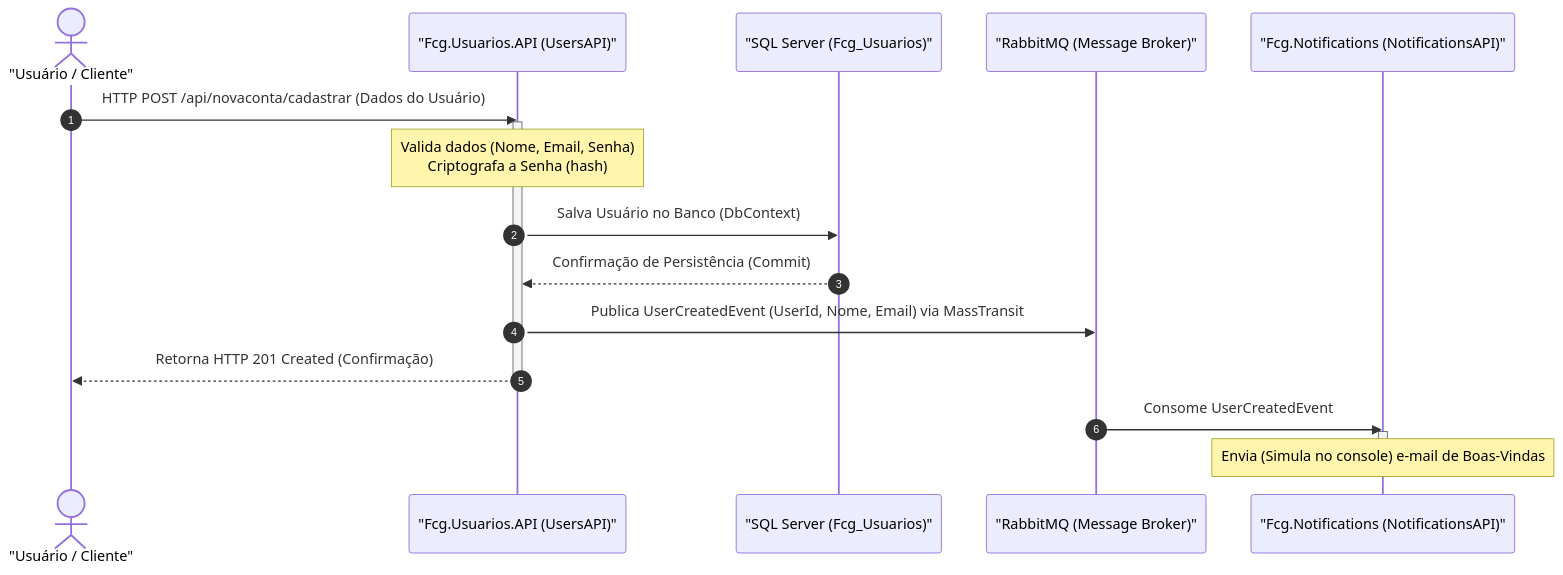
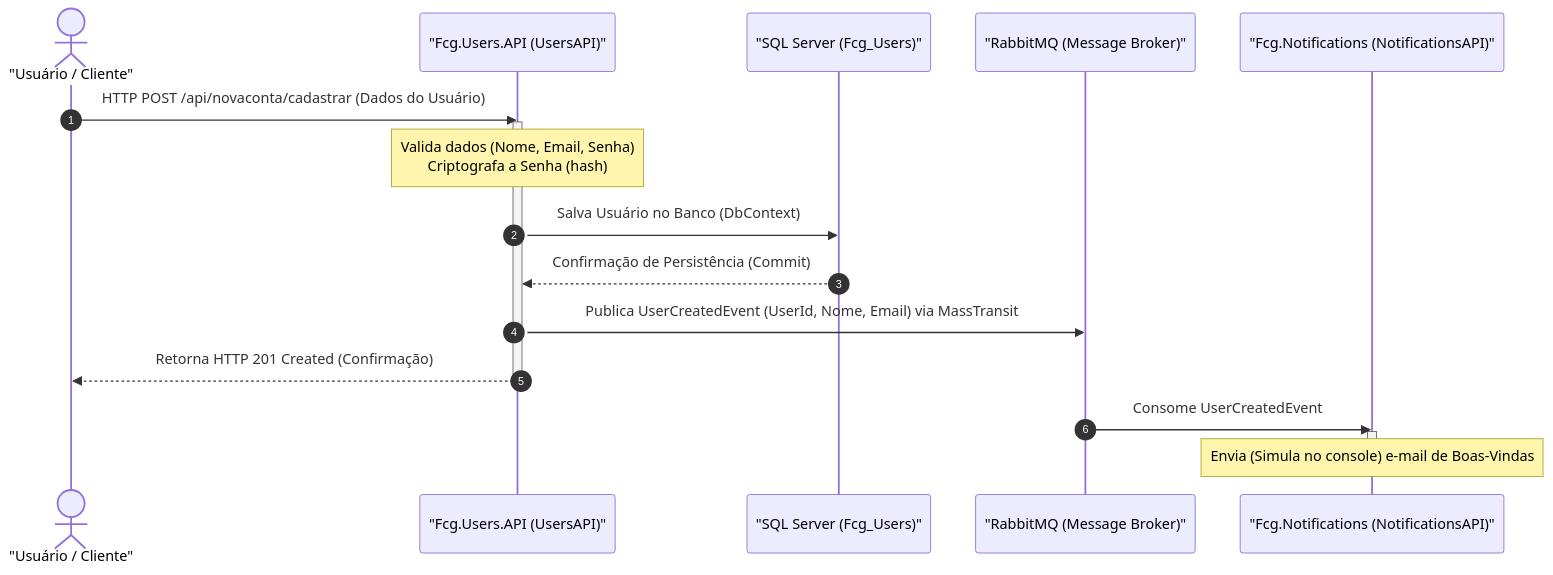
The diagram in README.md (alexoliveiraferreiradev/fcg-usuario-api), drawn with Mermaid before and after one commit. The commit also changed other lines of this file and 140 other files, not shown here.

Commit message:
Renomeia a solution, os projetos e as referências de Usuario e Usuarios para User e Users

````diff
--- a/README.md
+++ b/README.md
@@ -87,25 +87,25 @@
 ```mermaid
 sequenceDiagram
     autonumber
     actor Cliente as "Usuário / Cliente"
-    participant API as "Fcg.Usuarios.API (UsersAPI)"
-    participant DB as "SQL Server (Fcg_Usuarios)"
+    participant API as "Fcg.Users.API (UsersAPI)"
+    participant DB as "SQL Server (Fcg_Users)"
     participant Broker as "RabbitMQ (Message Broker)"
     participant Notif as "Fcg.Notifications (NotificationsAPI)"
 
     Cliente->>API: HTTP POST /api/novaconta/cadastrar (Dados do Usuário)
     activate API
     Note over API: Valida dados (Nome, Email, Senha)<br/>Criptografa a Senha (hash)
     API->>DB: Salva Usuário no Banco (DbContext)
     DB-->>API: Confirmação de Persistência (Commit)
     
     API->>Broker: Publica UserCreatedEvent (UserId, Nome, Email) via MassTransit
     API-->>Cliente: Retorna HTTP 201 Created (Confirmação)
     deactivate API
 
     %% Comunicação Assíncrona
     Broker->>Notif: Consome UserCreatedEvent
     activate Notif
     Note over Notif: Envia (Simula no console) e-mail de Boas-Vindas
     deactivate Notif
 ```
````
